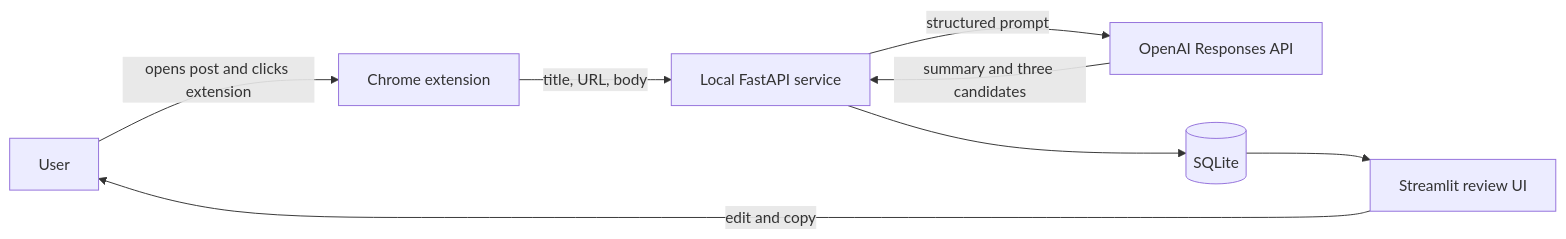
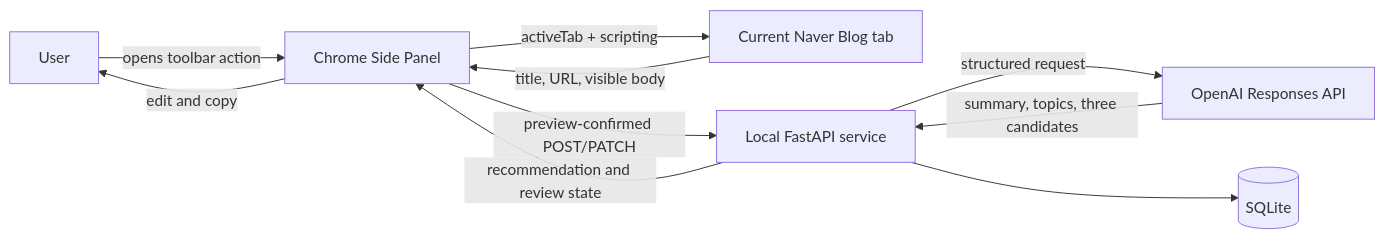
Before and after one commit to jihoon22-lee/NaverBlogAutomation: the diagram in docs/architecture.md, drawn with Mermaid. The commit also changed other lines of this file and 5 other files, not shown here.

Commit message:
docs(architecture): Side Panel 중심 구조를 확정한다 (#8)

````diff
--- a/docs/architecture.md
+++ b/docs/architecture.md
@@ -16,10 +22,12 @@
 ```mermaid
 flowchart LR
-    U[User] -->|opens post and clicks extension| E[Chrome extension]
-    E -->|title, URL, body| A[Local FastAPI service]
-    A -->|structured prompt| O[OpenAI Responses API]
-    O -->|summary and three candidates| A
+    U[User] -->|opens toolbar action| P[Chrome Side Panel]
+    P -->|activeTab + scripting| N[Current Naver Blog tab]
+    N -->|title, URL, visible body| P
+    P -->|preview-confirmed POST/PATCH| A[Local FastAPI service]
+    A -->|structured request| O[OpenAI Responses API]
+    O -->|summary, topics, three candidates| A
     A --> D[(SQLite)]
-    D --> S[Streamlit review UI]
-    S -->|edit and copy| U
+    A -->|recommendation and review state| P
+    P -->|edit and copy| U
 ```
````
